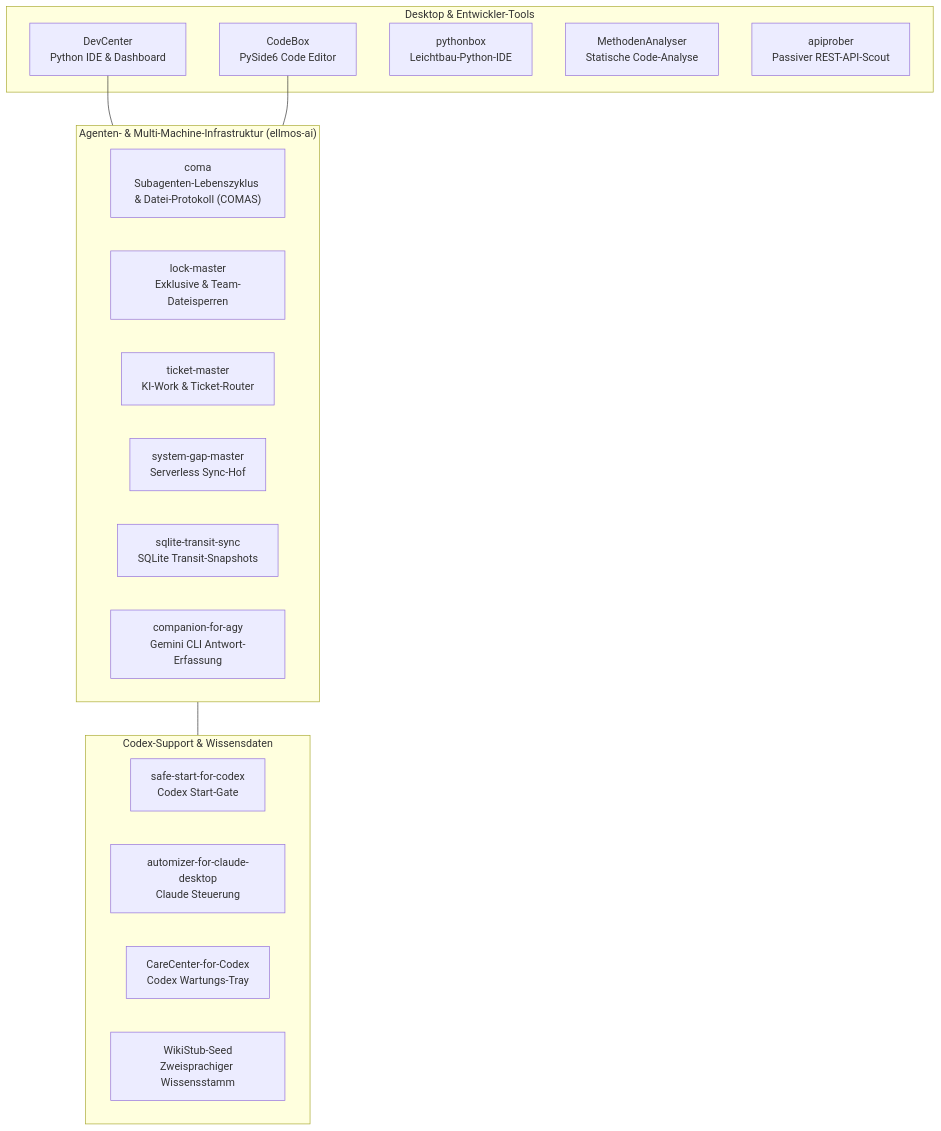
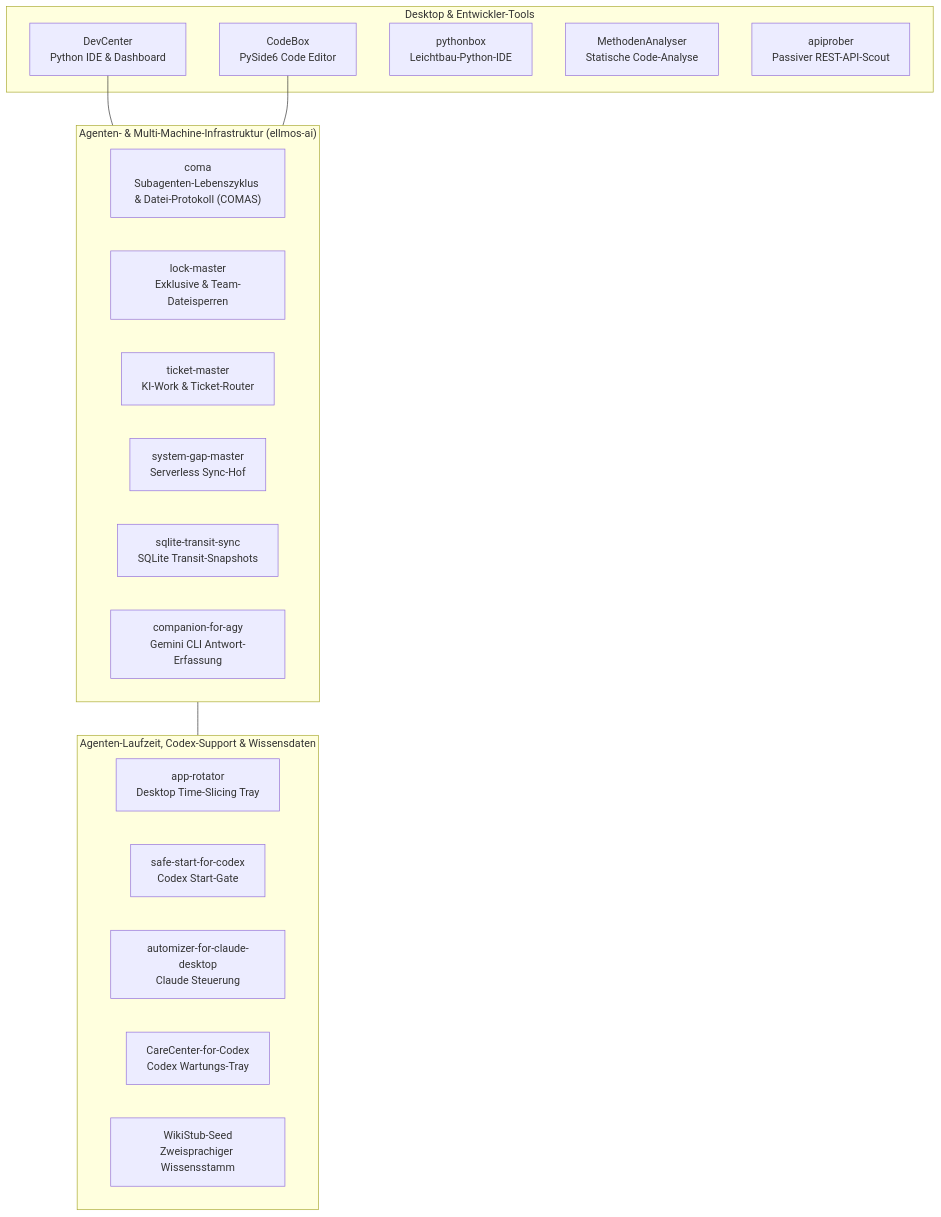
The diagram in profile/README_de.md (dev-bricks/.github), drawn with Mermaid before and after one commit. The commit also changed other lines of this file and 7 other files, not shown here.

Commit message:
docs(profile): update dev-bricks landing page, add app-rotator banner and parity test suite [2026-09-09]

````diff
--- a/profile/README_de.md
+++ b/profile/README_de.md
@@ -103,30 +118,31 @@
 ```mermaid
 flowchart TD
   subgraph IDE["Desktop & Entwickler-Tools"]
     DC["DevCenter<br/>Python IDE & Dashboard"]
     CB["CodeBox<br/>PySide6 Code Editor"]
     PB["pythonbox<br/>Leichtbau-Python-IDE"]
     MA["MethodenAnalyser<br/>Statische Code-Analyse"]
     AP["apiprober<br/>Passiver REST-API-Scout"]
   end
 
   subgraph INFRA["Agenten- & Multi-Machine-Infrastruktur (ellmos-ai)"]
     COM["coma<br/>Subagenten-Lebenszyklus & Datei-Protokoll (COMAS)"]
     LM["lock-master<br/>Exklusive & Team-Dateisperren"]
     TM["ticket-master<br/>KI-Work & Ticket-Router"]
     SGM["system-gap-master<br/>Serverless Sync-Hof"]
     STS["sqlite-transit-sync<br/>SQLite Transit-Snapshots"]
     AGY["companion-for-agy<br/>Gemini CLI Antwort-Erfassung"]
   end
 
-  subgraph AGENT["Codex-Support & Wissensdaten"]
+  subgraph AGENT["Agenten-Laufzeit, Codex-Support & Wissensdaten"]
+    AR["app-rotator<br/>Desktop Time-Slicing Tray"]
     SSC["safe-start-for-codex<br/>Codex Start-Gate"]
     ACD["automizer-for-claude-desktop<br/>Claude Steuerung"]
     CCC["CareCenter-for-Codex<br/>Codex Wartungs-Tray"]
     WSS["WikiStub-Seed<br/>Zweisprachiger Wissensstamm"]
   end
 
   DC --- INFRA
   CB --- INFRA
   INFRA --- AGENT
 ```
````
